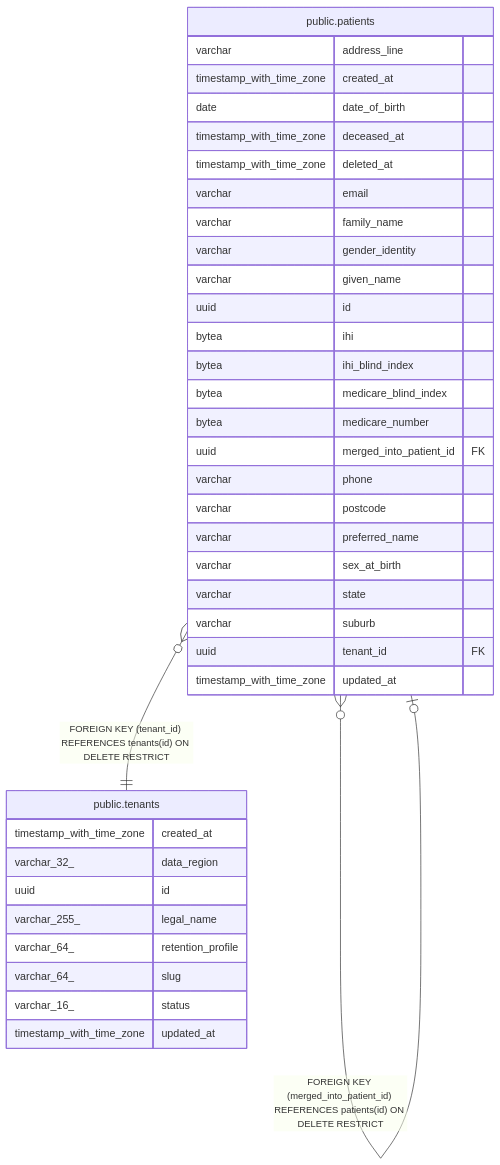
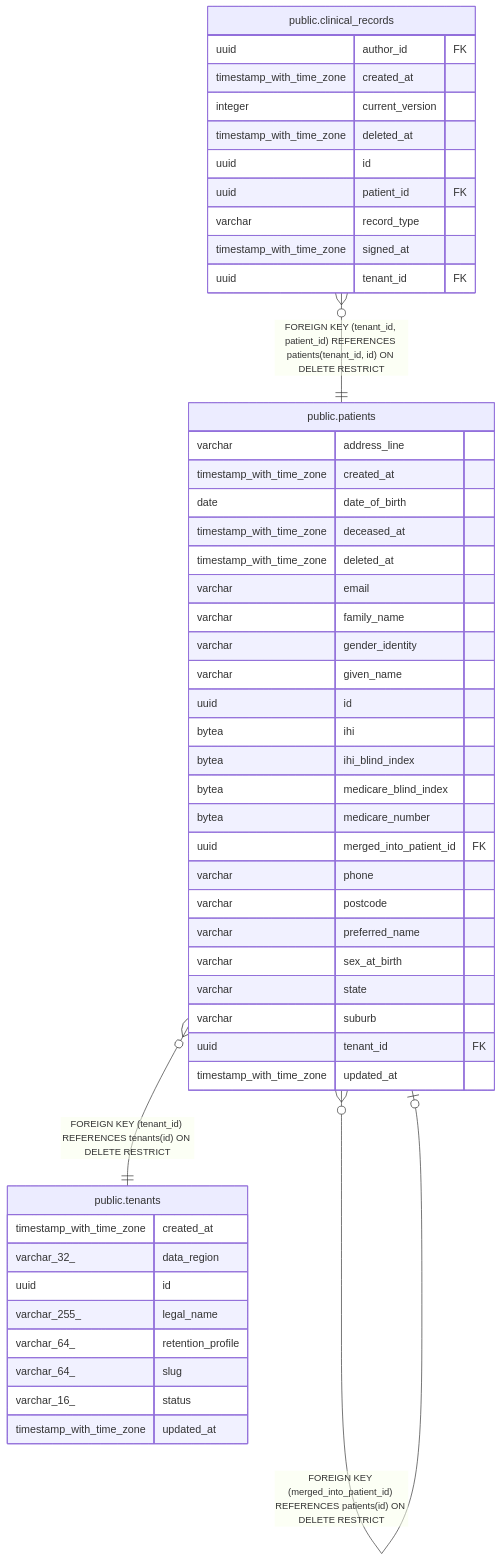
The diagram in docs/reference/schema/public.patients.md (irajput215/clinic-os), drawn with Mermaid before and after one commit. The commit also changed other lines of this file and 11 other files, not shown here.

First line of the commit message:
fix(clinical-records): make the suite, the schema docs and the SDK green

````diff
--- a/docs/reference/schema/public.patients.md
+++ b/docs/reference/schema/public.patients.md
@@ -62,42 +62,54 @@
 ```mermaid
 erDiagram
 
+"public.clinical_records" }o--|| "public.patients" : "FOREIGN KEY (tenant_id, patient_id) REFERENCES patients(tenant_id, id) ON DELETE RESTRICT"
 "public.patients" }o--o| "public.patients" : "FOREIGN KEY (merged_into_patient_id) REFERENCES patients(id) ON DELETE RESTRICT"
 "public.patients" }o--|| "public.tenants" : "FOREIGN KEY (tenant_id) REFERENCES tenants(id) ON DELETE RESTRICT"
 
 "public.patients" {
   varchar address_line
   timestamp_with_time_zone created_at
   date date_of_birth
   timestamp_with_time_zone deceased_at
   timestamp_with_time_zone deleted_at
   varchar email
   varchar family_name
   varchar gender_identity
   varchar given_name
   uuid id
   bytea ihi
   bytea ihi_blind_index
   bytea medicare_blind_index
   bytea medicare_number
   uuid merged_into_patient_id FK
   varchar phone
   varchar postcode
   varchar preferred_name
   varchar sex_at_birth
   varchar state
   varchar suburb
   uuid tenant_id FK
   timestamp_with_time_zone updated_at
 }
+"public.clinical_records" {
+  uuid author_id FK
+  timestamp_with_time_zone created_at
+  integer current_version
+  timestamp_with_time_zone deleted_at
+  uuid id
+  uuid patient_id FK
+  varchar record_type
+  timestamp_with_time_zone signed_at
+  uuid tenant_id FK
+}
 "public.tenants" {
   timestamp_with_time_zone created_at
   varchar_32_ data_region
   uuid id
   varchar_255_ legal_name
   varchar_64_ retention_profile
   varchar_64_ slug
   varchar_16_ status
   timestamp_with_time_zone updated_at
 }
 ```
````
